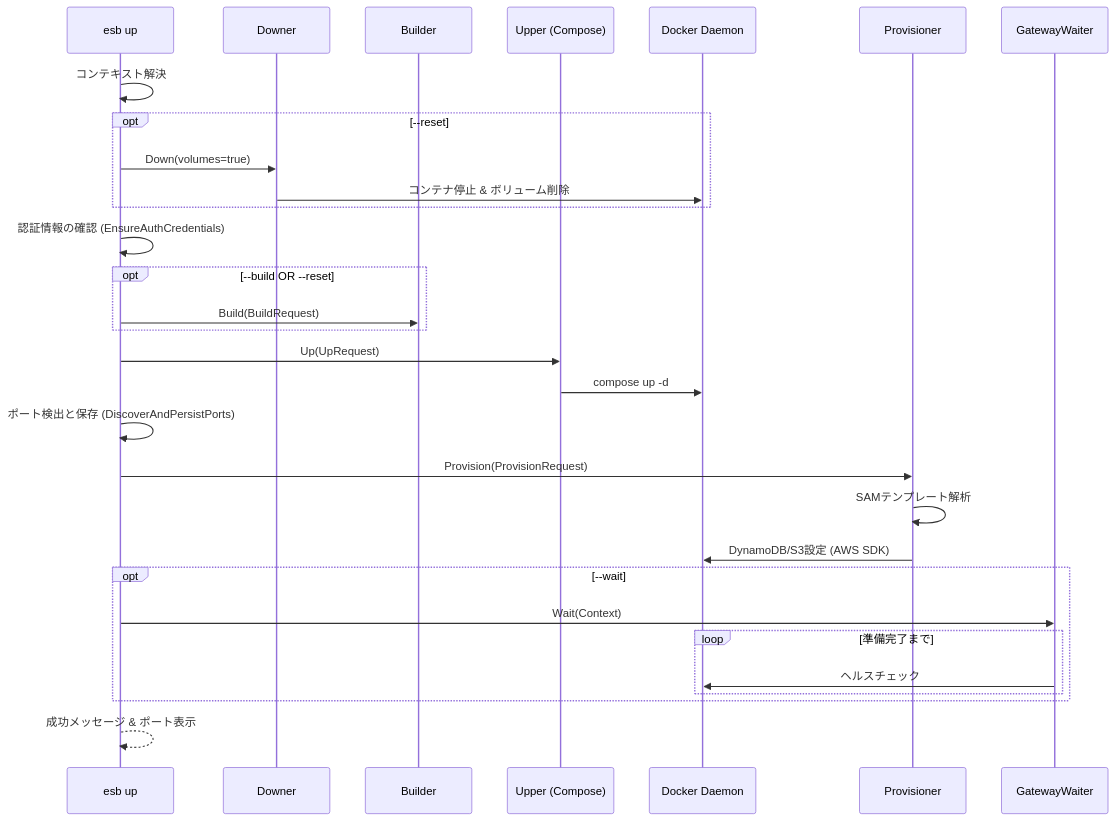
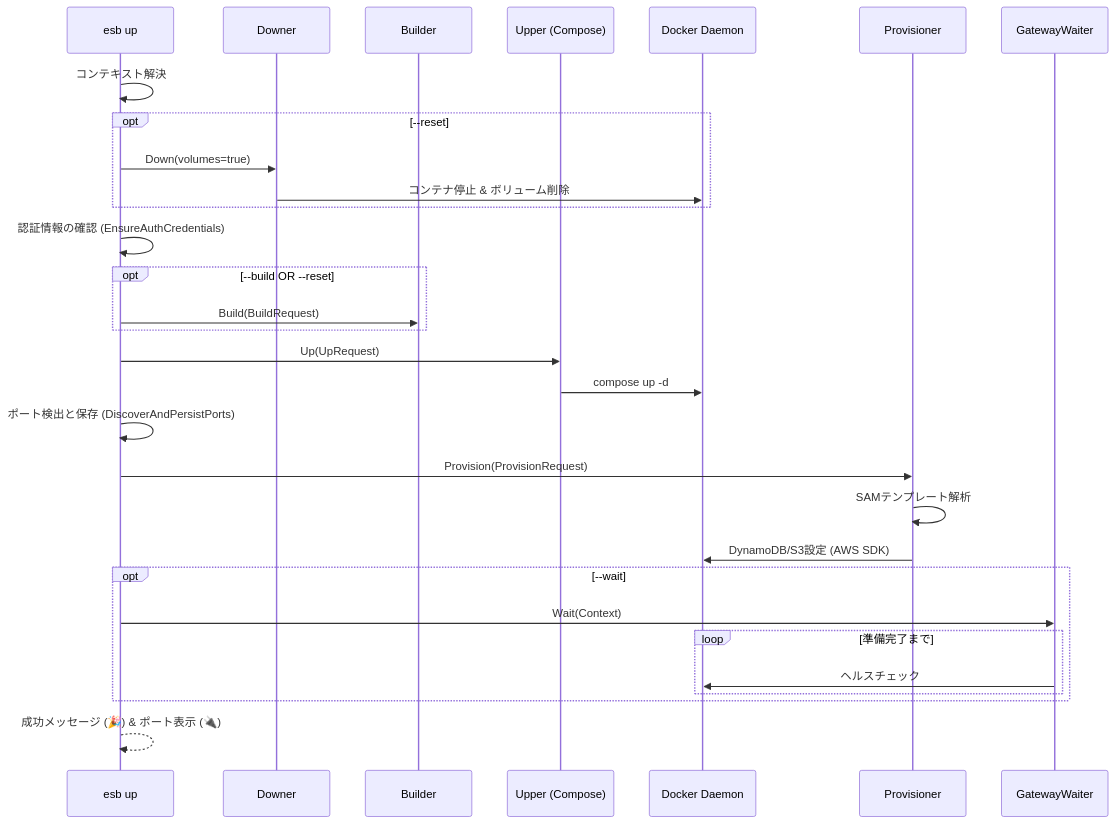
Before and after one commit to poruru-code/esb-cli: the diagram in docs/up.md, drawn with Mermaid. The commit also changed other lines of this file and 2 other files, not shown here.

Commit message:
docs: reflect S3 port renaming and CLI/log aesthetic improvements

````diff
--- a/docs/up.md
+++ b/docs/up.md
@@ -42,41 +43,41 @@
 ```mermaid
 sequenceDiagram
     participant CLI as esb up
     participant Downer as Downer
     participant Builder as Builder
     participant Upper as Upper (Compose)
     participant Docker as Docker Daemon
     participant Provisioner as Provisioner
     participant Waiter as GatewayWaiter
 
     CLI->>CLI: コンテキスト解決
 
     opt --reset
         CLI->>Downer: Down(volumes=true)
         Downer->>Docker: コンテナ停止 & ボリューム削除
     end
 
     CLI->>CLI: 認証情報の確認 (EnsureAuthCredentials)
 
     opt --build OR --reset
         CLI->>Builder: Build(BuildRequest)
     end
 
     CLI->>Upper: Up(UpRequest)
     Upper->>Docker: compose up -d
 
     CLI->>CLI: ポート検出と保存 (DiscoverAndPersistPorts)
 
     CLI->>Provisioner: Provision(ProvisionRequest)
     Provisioner->>Provisioner: SAMテンプレート解析
     Provisioner->>Docker: DynamoDB/S3設定 (AWS SDK)
 
     opt --wait
         CLI->>Waiter: Wait(Context)
         loop 準備完了まで
             Waiter->>Docker: ヘルスチェック
         end
     end
 
-    CLI-->>CLI: 成功メッセージ & ポート表示
+    CLI-->>CLI: 成功メッセージ (🎉) & ポート表示 (🔌)
 ```
````
